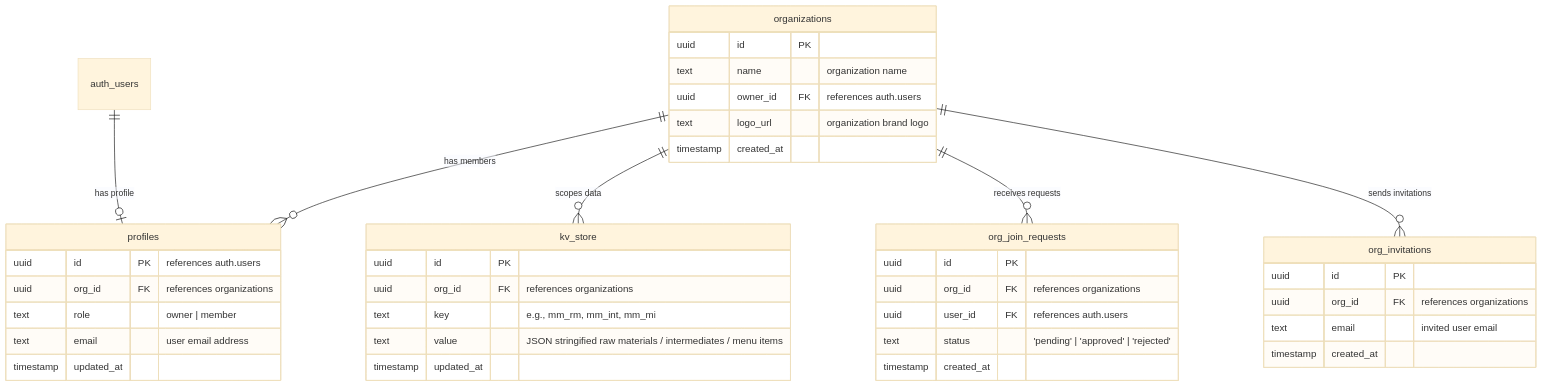
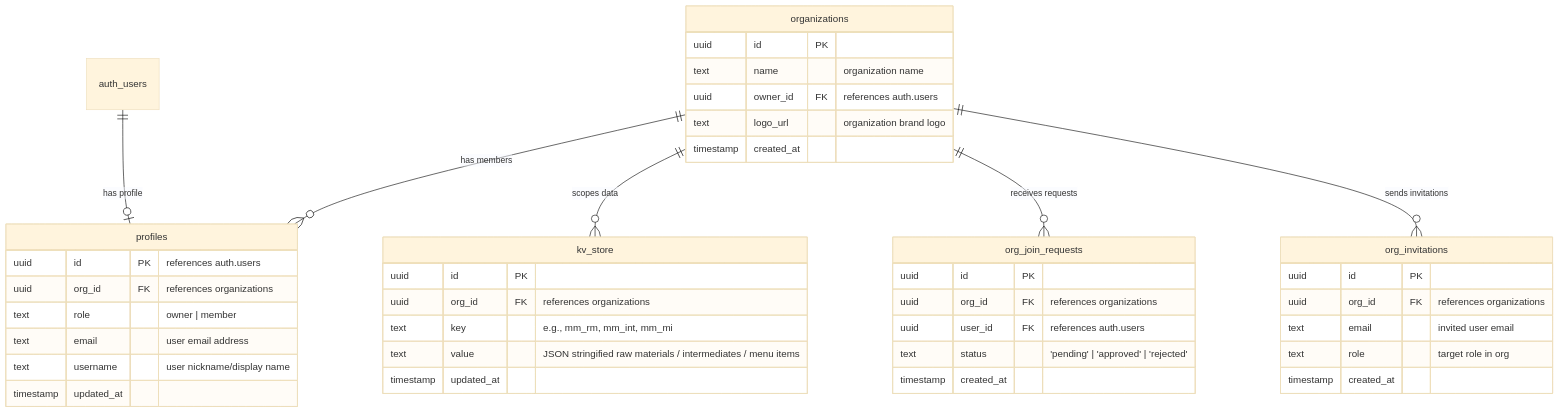
The diagram in db_schema_documentation.md (SayvIlahsiav/misemap), drawn with Mermaid (base theme) before and after one commit. The commit also changed other lines of this file, not shown here.

Commit message:
docs: update database schema documentation with actual Supabase metadata columns

````diff
--- a/db_schema_documentation.md
+++ b/db_schema_documentation.md
@@ -9,47 +9,49 @@
 ```mermaid
 erDiagram
     auth_users ||--o| profiles : "has profile"
     organizations ||--o{ profiles : "has members"
     organizations ||--o{ kv_store : "scopes data"
     organizations ||--o{ org_join_requests : "receives requests"
     organizations ||--o{ org_invitations : "sends invitations"
     
     profiles {
         uuid id PK "references auth.users"
         uuid org_id FK "references organizations"
         text role "owner | member"
         text email "user email address"
+        text username "user nickname/display name"
         timestamp updated_at
     }
     
     organizations {
         uuid id PK
         text name "organization name"
         uuid owner_id FK "references auth.users"
         text logo_url "organization brand logo"
         timestamp created_at
     }
 
     kv_store {
         uuid id PK
         uuid org_id FK "references organizations"
         text key "e.g., mm_rm, mm_int, mm_mi"
         text value "JSON stringified raw materials / intermediates / menu items"
         timestamp updated_at
     }
 
     org_join_requests {
         uuid id PK
         uuid org_id FK "references organizations"
         uuid user_id FK "references auth.users"
         text status "'pending' | 'approved' | 'rejected'"
         timestamp created_at
     }
 
     org_invitations {
         uuid id PK
         uuid org_id FK "references organizations"
         text email "invited user email"
+        text role "target role in org"
         timestamp created_at
     }
 ```
````
